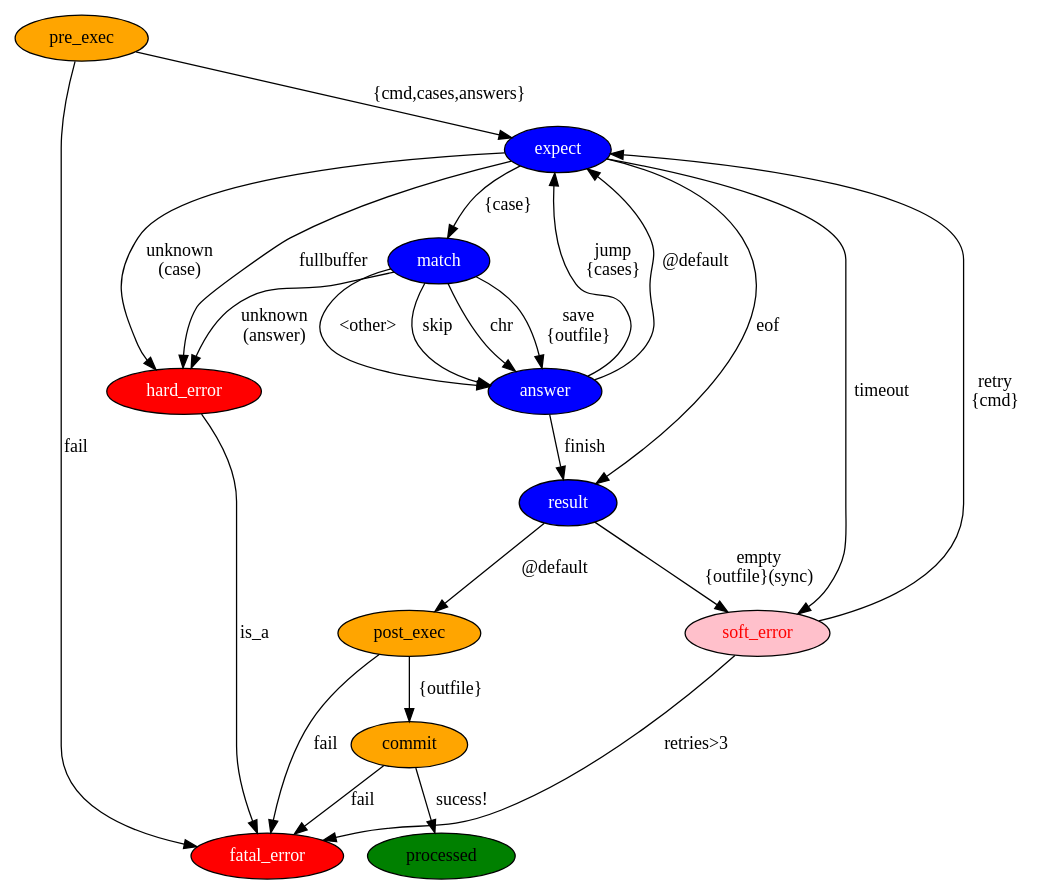
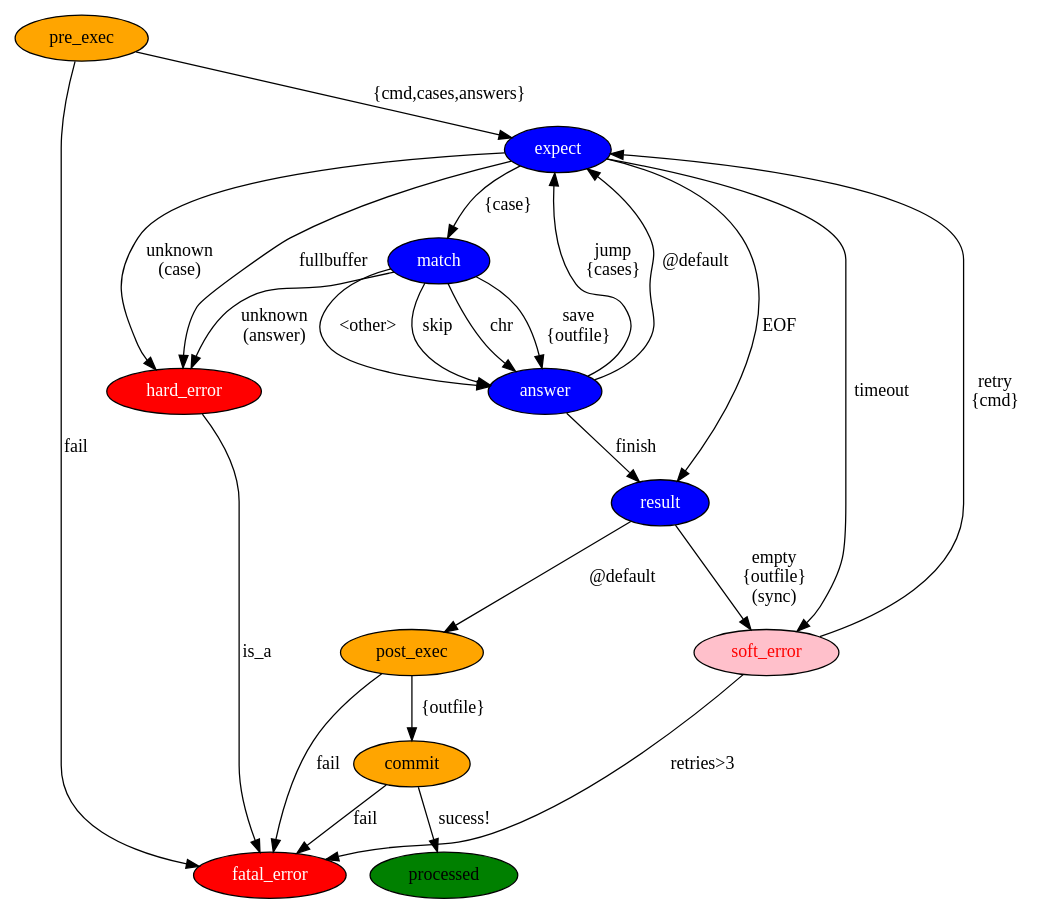
One commit to olafrv/netdump changed the diagram in doc/netdump.dot. Above: the diagram before and after it, drawn with Graphviz. The commit also changed 2 other files, not shown here.

```diff
--- a/doc/netdump.dot
+++ b/doc/netdump.dot
@@ -1,51 +1,51 @@
 digraph template {
 
 	pre_exec -> expect [label="{cmd,cases,answers}"]
 	pre_exec -> fatal_error [label="fail"]
 
 	result -> post_exec [label="@default"] 
 
 	post_exec -> commit [label="{outfile}"]
 	commit -> processed [label="sucess!"]
   commit -> fatal_error [label="fail"]
 
 	post_exec -> fatal_error [label="fail"]
 
 	expect -> hard_error [label="unknown\n(case)"]
 	expect -> hard_error [label="fullbuffer"]
 
 	expect -> soft_error [label="timeout"]
 
   expect -> match [label="{case}"]
   match -> hard_error [label="unknown\n(answer)"]
 
-	result -> soft_error [label="empty\n{outfile}(sync)"] 
+	result -> soft_error [label="empty\n{outfile}\n(sync)"] 
 
 	soft_error -> expect [label="retry\n{cmd}"]
 	soft_error -> fatal_error [label="retries>3"]
 	hard_error -> fatal_error [label="is_a"]
 
-	expect -> result [label="eof"]
+	expect -> result [label="EOF"]
 	
 	match -> answer [label="skip"]
 	match -> answer [label="chr"]
 	match -> answer [label="save\n{outfile}"]
 	match -> answer [label="<other>"]
 
 	answer -> expect [label="jump\n{cases}"]
   answer -> expect [label="@default"]
   answer -> result[label="finish"]
 	
 	pre_exec[style=filled,fillcolor=orange,fontcolor=black]
 	post_exec[style=filled,fillcolor=orange,fontcolor=black]
 	expect[style=filled,fillcolor=blue,fontcolor=white]
 	match[style=filled,fillcolor=blue,fontcolor=white]
 	answer[style=filled,fillcolor=blue,fontcolor=white]
 	result[style=filled,fillcolor=blue,fontcolor=white]
 	hard_error[style=filled,fillcolor=red,fontcolor=white]
 	soft_error[style=filled,fillcolor=pink,fontcolor=red]
 	fatal_error[style=filled,fillcolor=red,fontcolor=white]
 	commit[style=filled,fillcolor=orange,fontcolor=black]
 	processed[style=filled,fillcolor=green,fontcolor=black]
 	
 }
```
